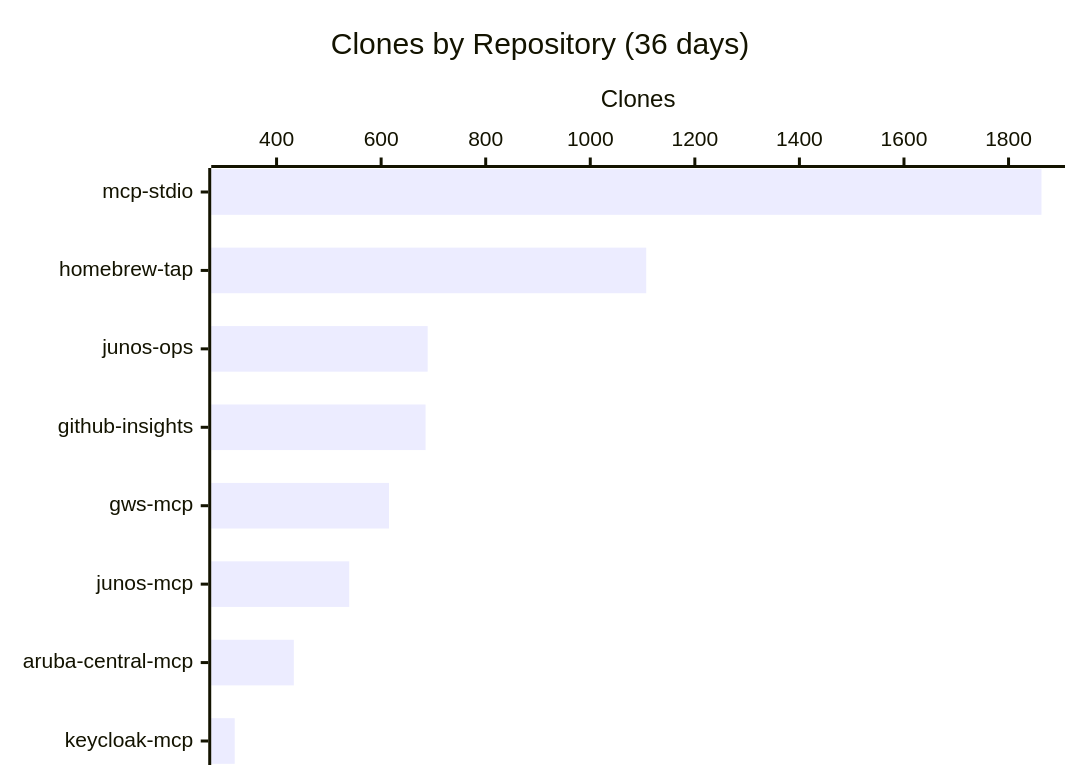
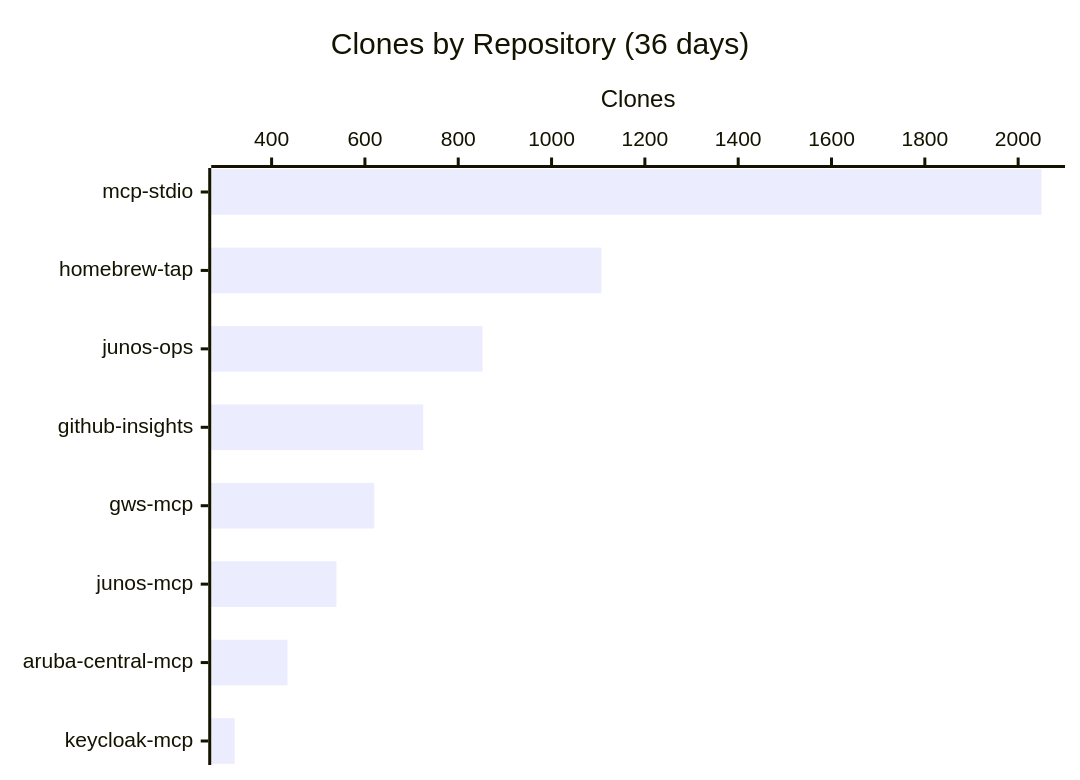
The third of 3 diagrams in README.md (shigechika/github-insights), drawn with Mermaid before and after one commit. The commit also changed other lines of this file and 1 other file, not shown here.

````diff
--- a/README.md
+++ b/README.md
@@ -34,7 +34,7 @@
 ```mermaid
 xychart-beta horizontal
     title "Clones by Repository (36 days)"
     x-axis ["mcp-stdio", "homebrew-tap", "junos-ops", "github-insights", "gws-mcp", "junos-mcp", "aruba-central-mcp", "keycloak-mcp"]
     y-axis "Clones"
-    bar [1863, 1107, 689, 685, 615, 539, 433, 320]
+    bar [2050, 1107, 852, 725, 620, 539, 434, 321]
 ```
````
